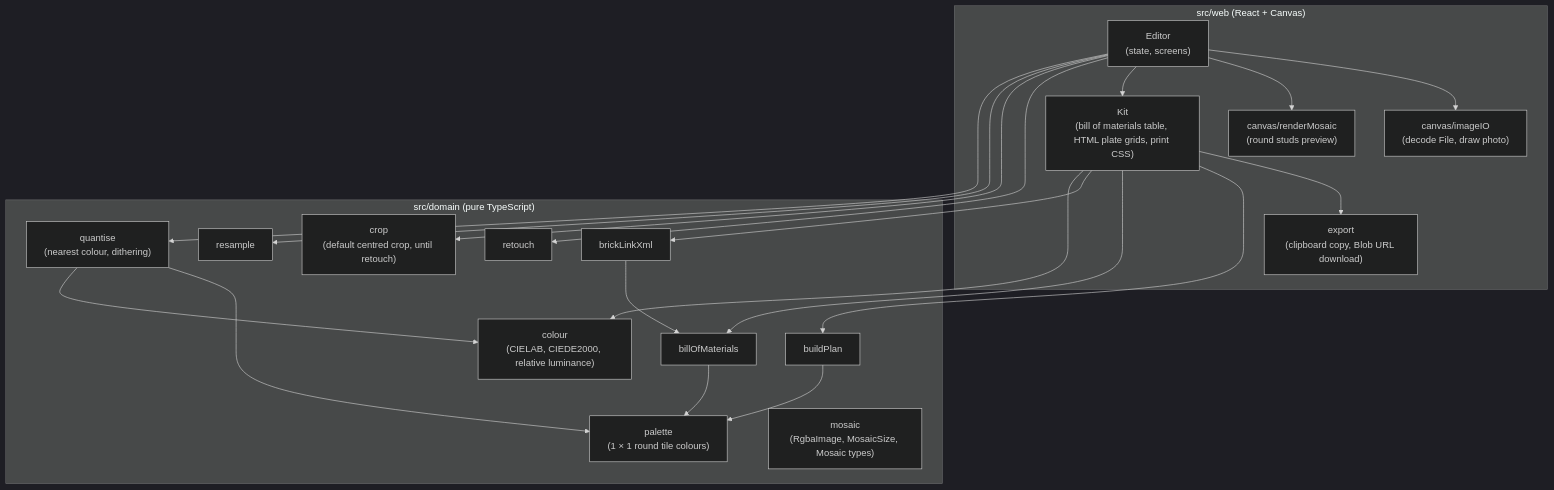
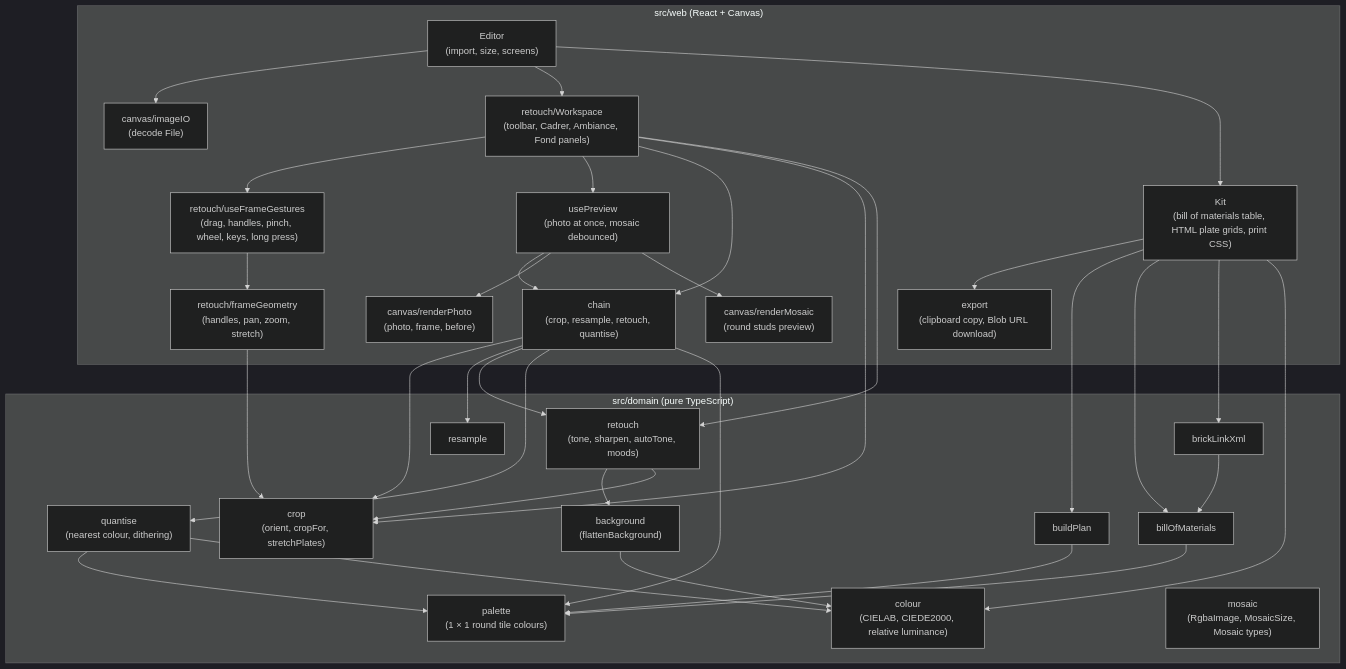
One commit to benoit-bremaud/brickpix changed the diagram in docs/architecture/diagrams/mosaic/03-component.md. Above: the diagram before and after it, drawn with Mermaid (dark theme). The commit also changed other lines of this file and 40 other files, not shown here.

First line of the commit message:
feat(image): retouch before quantisation (#39)

````diff
--- a/docs/architecture/diagrams/mosaic/03-component.md
+++ b/docs/architecture/diagrams/mosaic/03-component.md
@@ -10,41 +10,62 @@
 ```mermaid
 flowchart TB
     subgraph web["src/web (React + Canvas)"]
-        Editor["Editor<br/>(state, screens)"]
-        ImageIO["canvas/imageIO<br/>(decode File, draw photo)"]
+        Editor["Editor<br/>(import, size, screens)"]
+        Workspace["retouch/Workspace<br/>(toolbar, Cadrer, Ambiance, Fond panels)"]
+        Gestures["retouch/useFrameGestures<br/>(drag, handles, pinch, wheel, keys, long press)"]
+        Geometry["retouch/frameGeometry<br/>(handles, pan, zoom, stretch)"]
+        Preview["usePreview<br/>(photo at once, mosaic debounced)"]
+        Chain["chain<br/>(crop, resample, retouch, quantise)"]
+        ImageIO["canvas/imageIO<br/>(decode File)"]
+        Photo["canvas/renderPhoto<br/>(photo, frame, before)"]
         Render["canvas/renderMosaic<br/>(round studs preview)"]
         Kit["Kit<br/>(bill of materials table, HTML plate grids, print CSS)"]
         Export["export<br/>(clipboard copy, Blob URL download)"]
     end
 
     subgraph domain["src/domain (pure TypeScript)"]
-        Retouch["retouch"]
-        Crop["crop<br/>(default centred crop, until retouch)"]
+        Crop["crop<br/>(orient, cropFor, stretchPlates)"]
+        Retouch["retouch<br/>(tone, sharpen, autoTone, moods)"]
+        Background["background<br/>(flattenBackground)"]
         Resample["resample"]
         Palette["palette<br/>(1 × 1 round tile colours)"]
         Quantise["quantise<br/>(nearest colour, dithering)"]
         Colour["colour<br/>(CIELAB, CIEDE2000, relative luminance)"]
         Mosaic["mosaic<br/>(RgbaImage, MosaicSize, Mosaic types)"]
         Plan["buildPlan"]
         Bom["billOfMaterials"]
         BrickLink["brickLinkXml"]
     end
 
     Editor --> ImageIO
-    Editor --> Render
+    Editor --> Workspace
     Editor --> Kit
+    Workspace --> Gestures
+    Workspace --> Preview
+    Workspace --> Chain
+    Workspace --> Crop
+    Workspace --> Retouch
+    Gestures --> Geometry
+    Geometry --> Crop
+    Preview --> Chain
+    Preview --> Photo
+    Preview --> Render
+    Chain --> Crop
+    Chain --> Resample
+    Chain --> Retouch
+    Chain --> Quantise
+    Chain --> Palette
+    Retouch --> Background
+    Retouch --> Crop
+    Background --> Colour
     Kit --> Export
-    Editor --> Retouch
-    Editor --> Crop
-    Editor --> Resample
-    Editor --> Quantise
     Kit --> Plan
     Kit --> Bom
     Kit --> BrickLink
     Kit --> Colour
     Quantise --> Palette
     Quantise --> Colour
     Bom --> Palette
     BrickLink --> Bom
     Plan --> Palette
 ```
````
